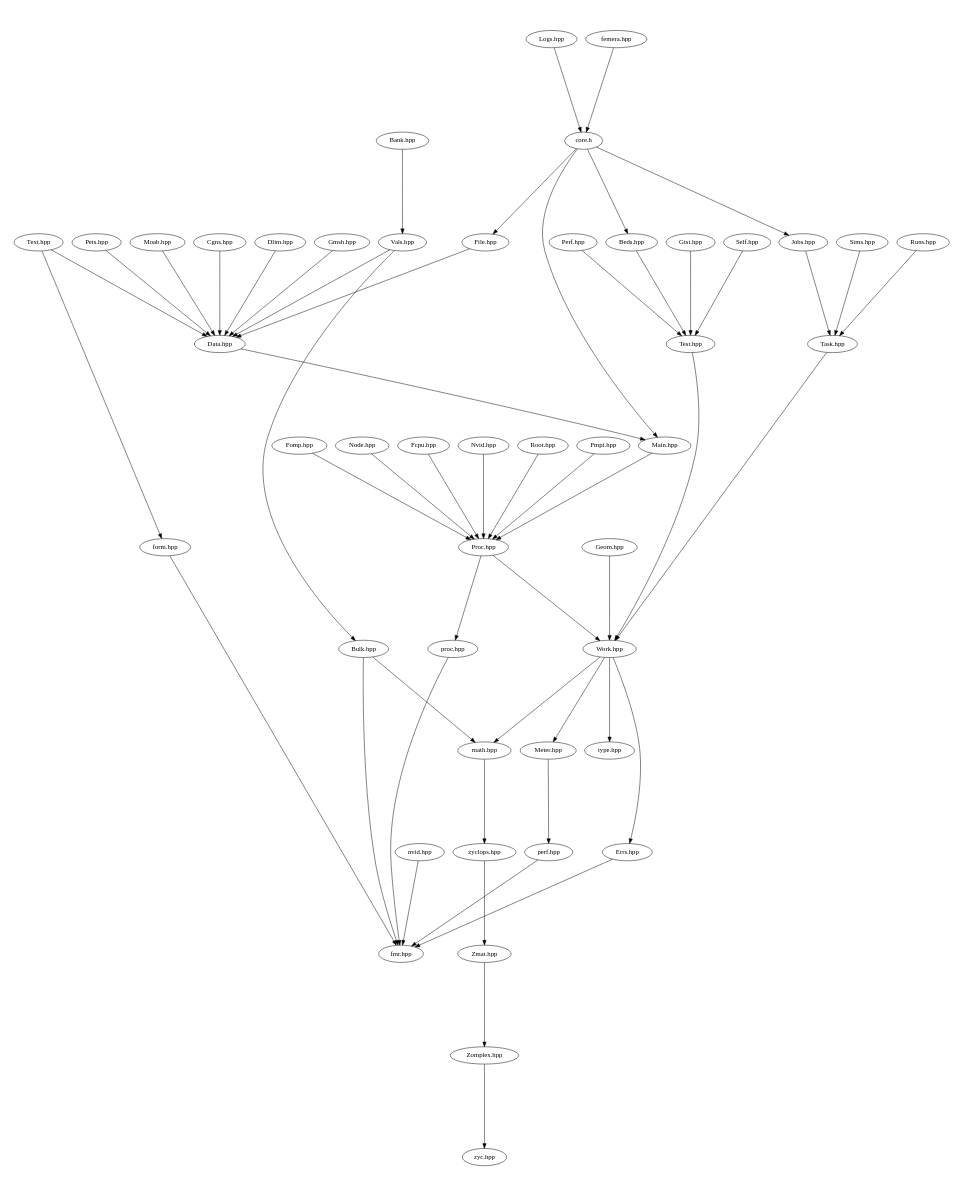
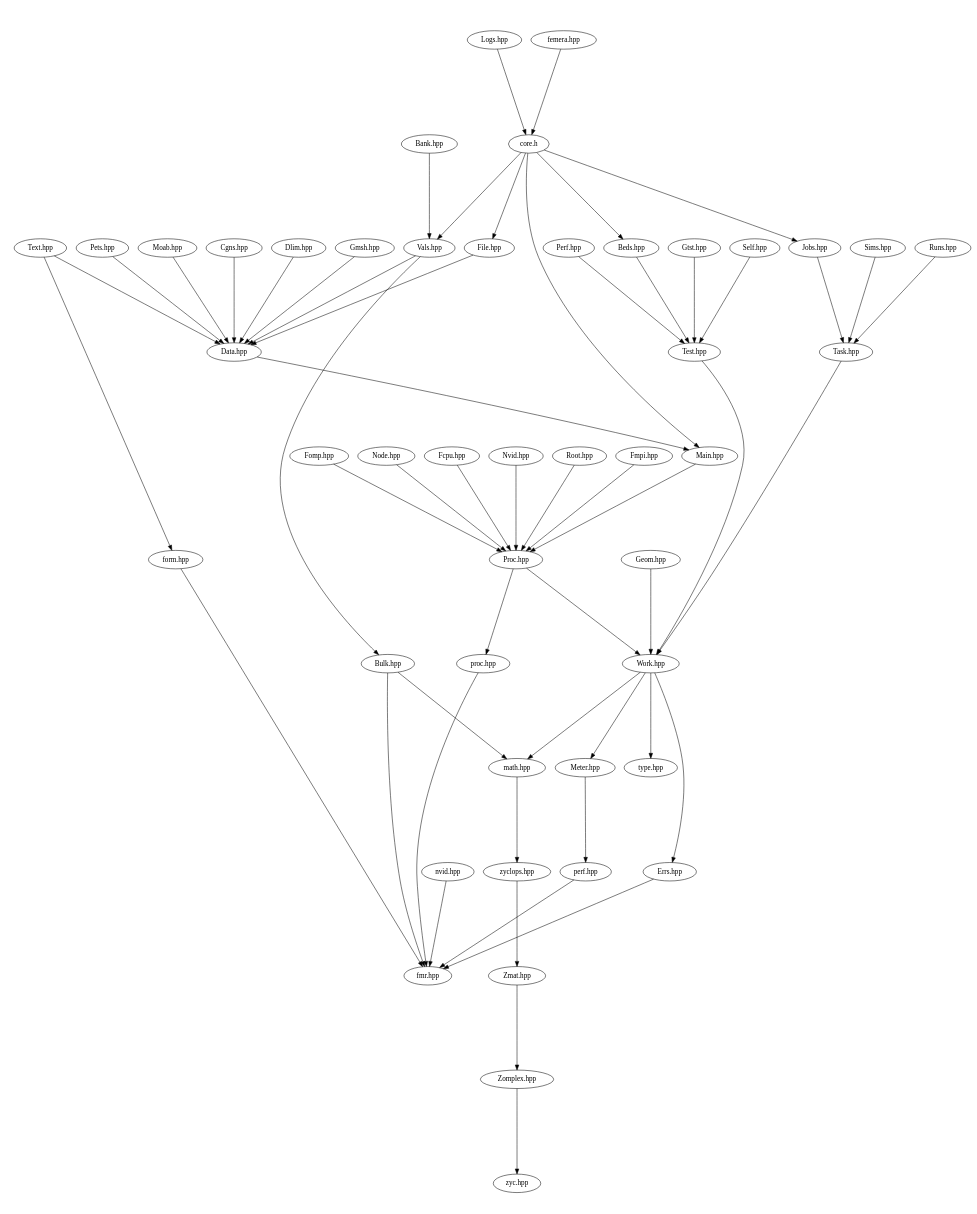
The diagram in src/docs/src-headers.dot (waggyz/femera-mini-app), drawn with Graphviz before and after one commit. The commit also changed 6 other files, not shown here.

```diff
--- a/src/docs/src-headers.dot
+++ b/src/docs/src-headers.dot
@@ -1,61 +1,62 @@
 digraph "source tree" {
     overlap=scale;
     size="8,10";
     ratio="fill";
     fontsize="16";
     fontname="Helvetica";
 	clusterrank="local";
 	"Zmat.hpp" -> "Zomplex.hpp"
 	"Meter.hpp" -> "perf.hpp"
 	"Work.hpp" -> "Errs.hpp"
 	"Proc.hpp" -> "proc.hpp"
 	"Nvid.hpp" -> "Proc.hpp"
 	"Root.hpp" -> "Proc.hpp"
 	"Perf.hpp" -> "Test.hpp"
 	"core.h" -> "Main.hpp"
 	"nvid.hpp" -> "fmr.hpp"
 	"perf.hpp" -> "fmr.hpp"
 	"Work.hpp" -> "math.hpp"
 	"Vals.hpp" -> "Data.hpp"
 	"Bulk.hpp" -> "math.hpp"
 	"Fmpi.hpp" -> "Proc.hpp"
 	"Test.hpp" -> "Work.hpp"
 	"Fomp.hpp" -> "Proc.hpp"
 	"Data.hpp" -> "Main.hpp"
 	"zyclops.hpp" -> "Zmat.hpp"
 	"Text.hpp" -> "form.hpp"
 	"core.h" -> "Beds.hpp"
 	"Errs.hpp" -> "fmr.hpp"
 	"Task.hpp" -> "Work.hpp"
 	"Gmsh.hpp" -> "Data.hpp"
 	"Node.hpp" -> "Proc.hpp"
 	"Geom.hpp" -> "Work.hpp"
 	"File.hpp" -> "Data.hpp"
 	"Vals.hpp" -> "Bulk.hpp"
+	"core.h" -> "Vals.hpp"
 	"Beds.hpp" -> "Test.hpp"
 	"form.hpp" -> "fmr.hpp"
 	"Gtst.hpp" -> "Test.hpp"
 	"Work.hpp" -> "Meter.hpp"
 	"Runs.hpp" -> "Task.hpp"
 	"proc.hpp" -> "fmr.hpp"
 	"math.hpp" -> "zyclops.hpp"
 	"Pets.hpp" -> "Data.hpp"
 	"Text.hpp" -> "Data.hpp"
 	"Logs.hpp" -> "core.h"
 	"Work.hpp" -> "type.hpp"
 	"Fcpu.hpp" -> "Proc.hpp"
 	"Moab.hpp" -> "Data.hpp"
 	"Cgns.hpp" -> "Data.hpp"
 	"core.h" -> "File.hpp"
 	"Bulk.hpp" -> "fmr.hpp"
 	"Self.hpp" -> "Test.hpp"
 	"core.h" -> "Jobs.hpp"
 	"Bank.hpp" -> "Vals.hpp"
 	"Zomplex.hpp" -> "zyc.hpp"
 	"Proc.hpp" -> "Work.hpp"
 	"Sims.hpp" -> "Task.hpp"
 	"femera.hpp" -> "core.h"
 	"Dlim.hpp" -> "Data.hpp"
 	"Main.hpp" -> "Proc.hpp"
 	"Jobs.hpp" -> "Task.hpp"
 }
```
